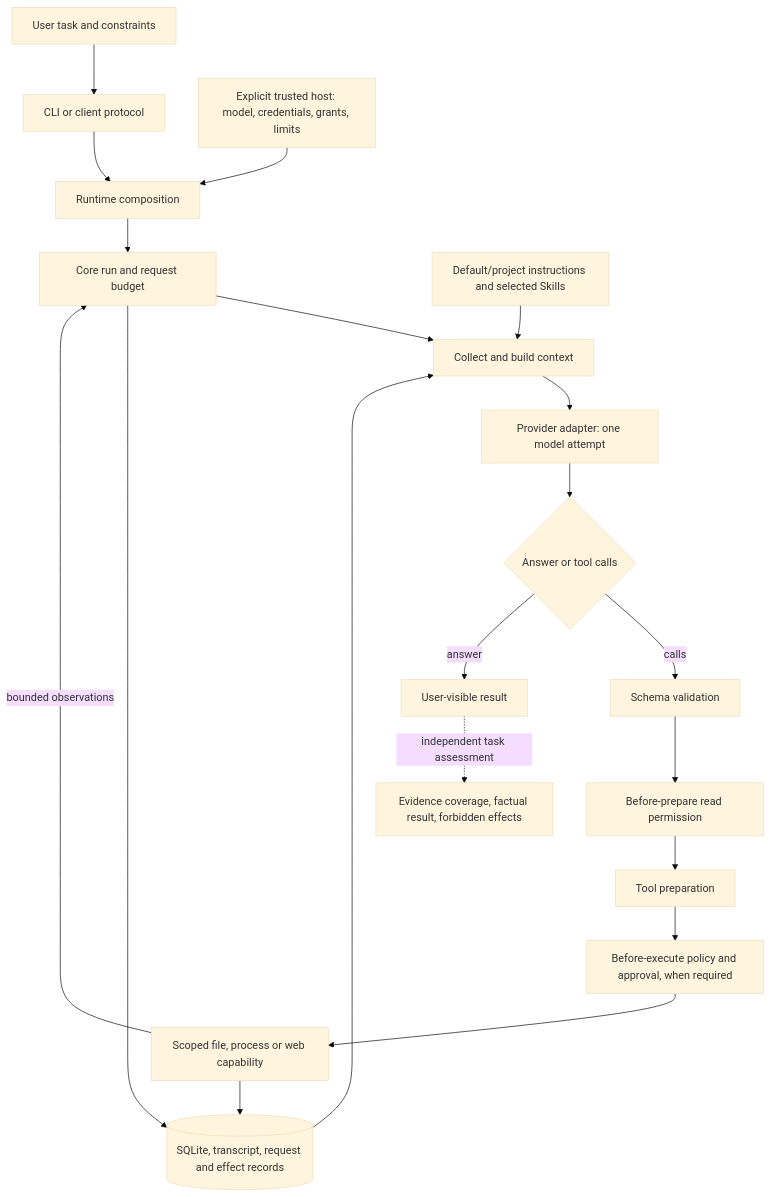
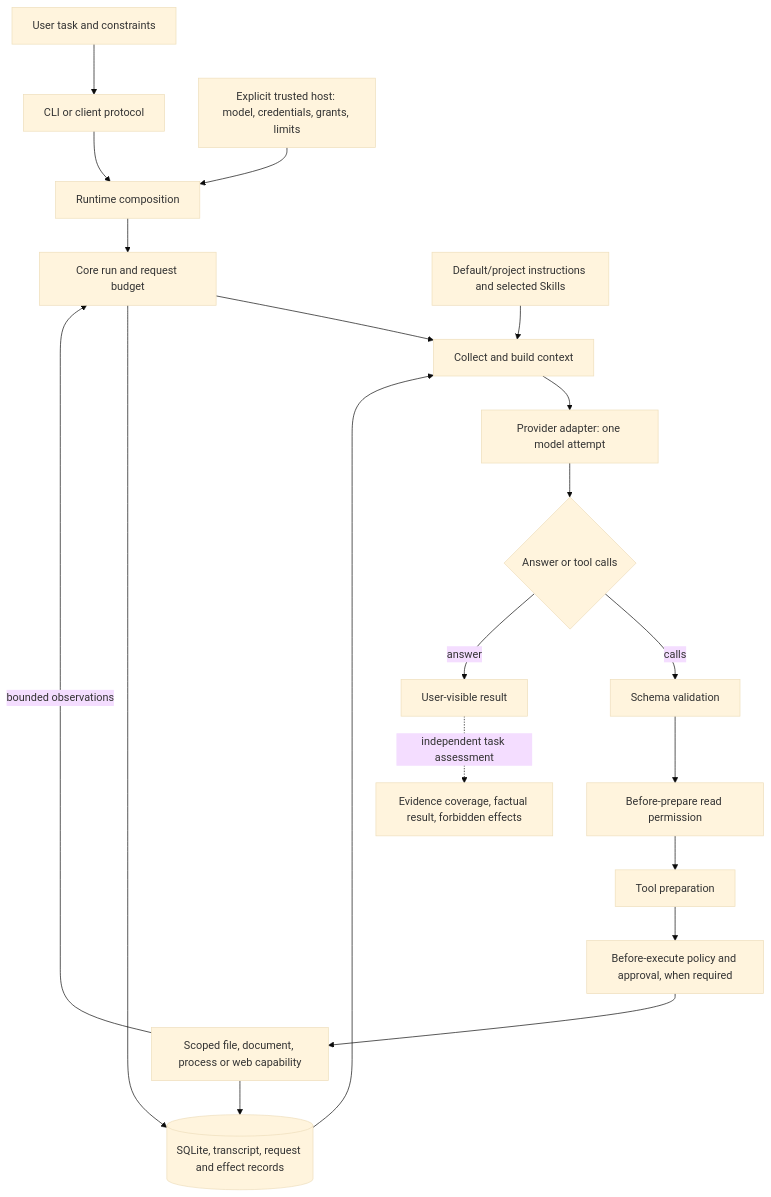
Before and after one commit to Peerframe/moyyi: the diagram in docs/system-overview.md, drawn with Mermaid (base theme). The commit also changed other lines of this file and 84 other files, not shown here.

````diff
--- a/docs/system-overview.md
+++ b/docs/system-overview.md
@@ -46,22 +50,22 @@
 ```mermaid
 flowchart TD
   U[User task and constraints] --> C[CLI or client protocol]
   H[Explicit trusted host: model, credentials, grants, limits] --> R[Runtime composition]
   C --> R
   R --> K[Core run and request budget]
   K --> X[Collect and build context]
   I[Default/project instructions and selected Skills] --> X
   S[(SQLite, transcript, request and effect records)] --> X
   X --> M[Provider adapter: one model attempt]
   M --> D{Answer or tool calls}
   D -->|calls| V0[Schema validation]
   V0 --> P0[Before-prepare read permission]
   P0 --> T[Tool preparation]
   T --> P[Before-execute policy and approval, when required]
-  P --> E[Scoped file, process or web capability]
+  P --> E[Scoped file, document, process or web capability]
   E --> S
   E -->|bounded observations| K
   D -->|answer| A[User-visible result]
   K --> S
   A -. independent task assessment .-> V[Evidence coverage, factual result, forbidden effects]
 ```
````
